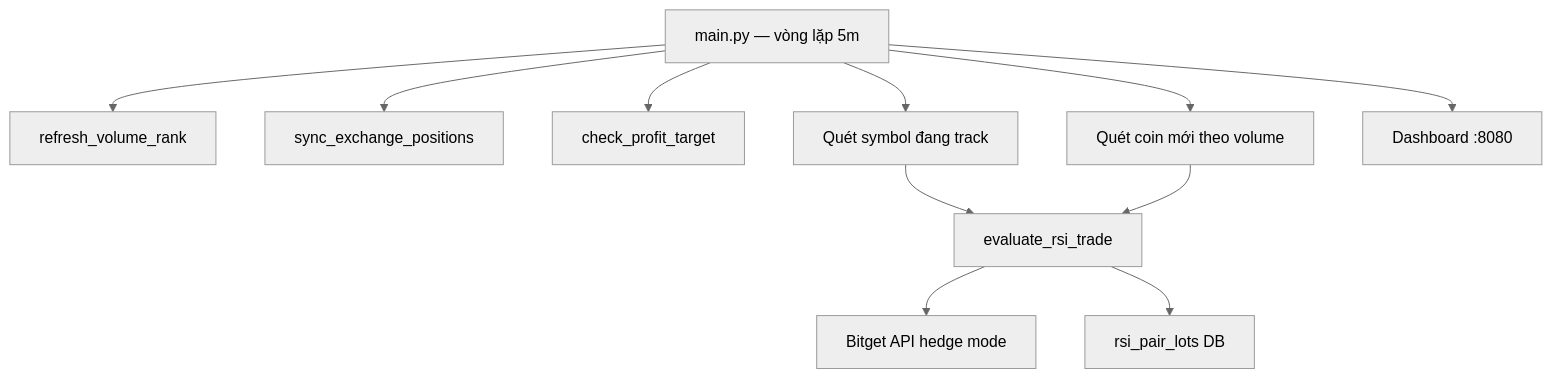
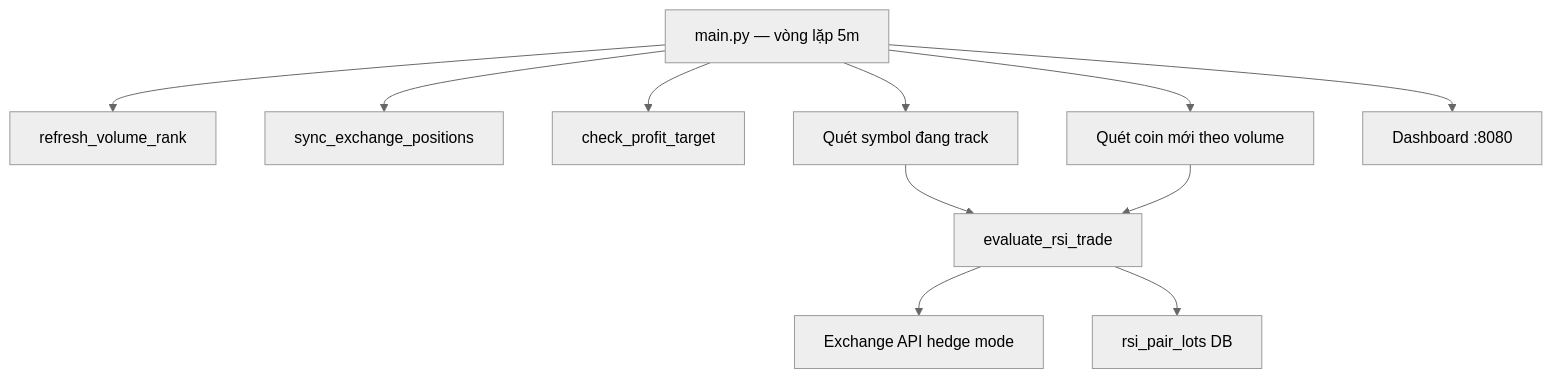
Before and after one commit to vnbees/ema-follow: the first of 3 diagrams in docs/BOT_LOGIC.md, drawn with Mermaid (neutral theme). The commit also changed other lines of this file and 28 other files, not shown here.

````diff
--- a/docs/BOT_LOGIC.md
+++ b/docs/BOT_LOGIC.md
@@ -9,14 +32,14 @@
 ```mermaid
 flowchart TB
     main["main.py — vòng lặp 5m"]
     main --> refresh["refresh_volume_rank"]
     main --> sync_pos["sync_exchange_positions"]
     main --> profit_chk["check_profit_target"]
     main --> managed["Quét symbol đang track"]
     main --> scan["Quét coin mới theo volume"]
     managed --> eval["evaluate_rsi_trade"]
     scan --> eval
-    eval --> bitget["Bitget API hedge mode"]
+    eval --> exchange["Exchange API hedge mode"]
     eval --> db["rsi_pair_lots DB"]
     main --> web["Dashboard :8080"]
 ```
````
